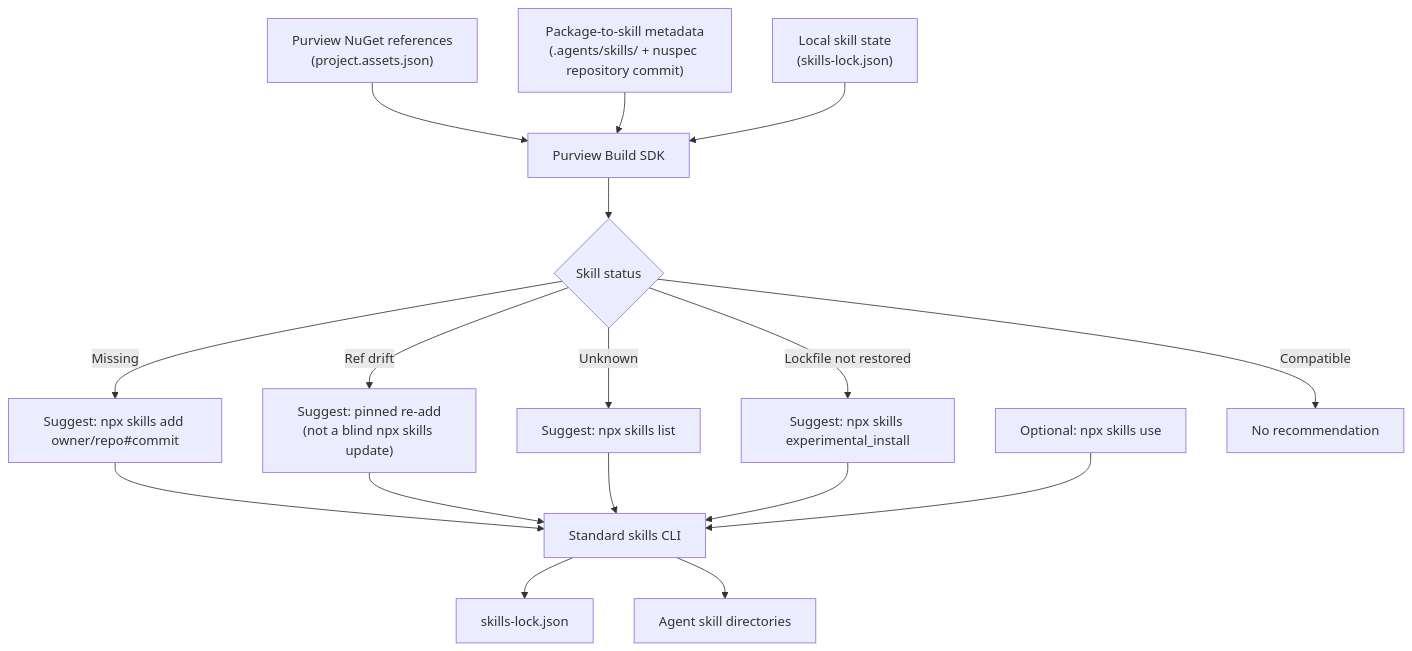
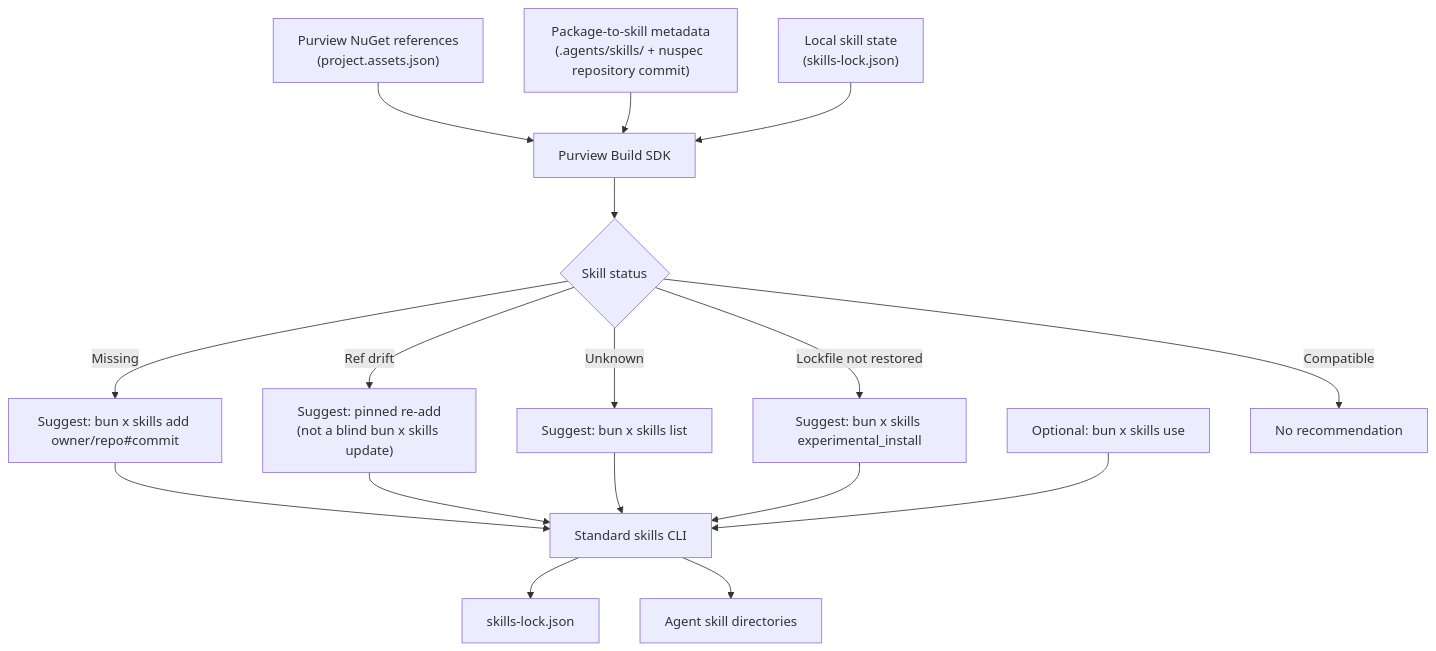
The diagram in docs/wiki/Agent-Skills.md (purview-dev/build-sdk), drawn with Mermaid before and after one commit. The commit also changed other lines of this file and 26 other files, not shown here.

````diff
--- a/docs/wiki/Agent-Skills.md
+++ b/docs/wiki/Agent-Skills.md
@@ -16,39 +18,39 @@
 ```mermaid
 flowchart TD
     NuGet["Purview NuGet references<br/>(project.assets.json)"]
     Metadata["Package-to-skill metadata<br/>(.agents/skills/ + nuspec repository commit)"]
     Installed["Local skill state<br/>(skills-lock.json)"]
     SDK["Purview Build SDK"]
     Decision{"Skill status"}
 
-    Add["Suggest: npx skills add owner/repo#commit"]
-    Update["Suggest: pinned re-add<br/>(not a blind npx skills update)"]
-    List["Suggest: npx skills list"]
-    Restore["Suggest: npx skills experimental_install"]
-    Use["Optional: npx skills use"]
+    Add["Suggest: bun x skills add owner/repo#commit"]
+    Update["Suggest: pinned re-add<br/>(not a blind bun x skills update)"]
+    List["Suggest: bun x skills list"]
+    Restore["Suggest: bun x skills experimental_install"]
+    Use["Optional: bun x skills use"]
     OK["No recommendation"]
 
     CLI["Standard skills CLI"]
     Lock["skills-lock.json"]
     Agents["Agent skill directories"]
 
     NuGet --> SDK
     Metadata --> SDK
     Installed --> SDK
     SDK --> Decision
 
     Decision -->|Missing| Add
     Decision -->|Ref drift| Update
     Decision -->|Unknown| List
     Decision -->|Lockfile not restored| Restore
     Decision -->|Compatible| OK
 
     Add --> CLI
     Update --> CLI
     List --> CLI
     Restore --> CLI
     Use --> CLI
 
     CLI --> Lock
     CLI --> Agents
 ```
````
